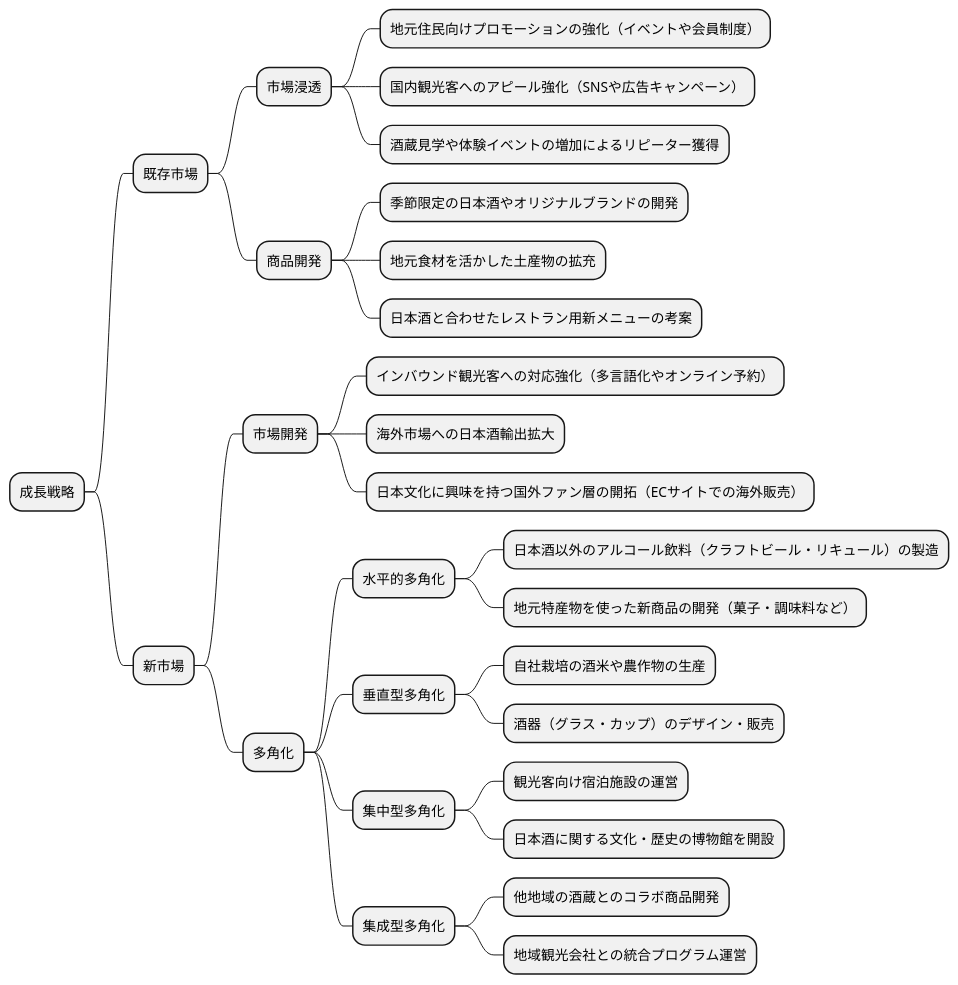
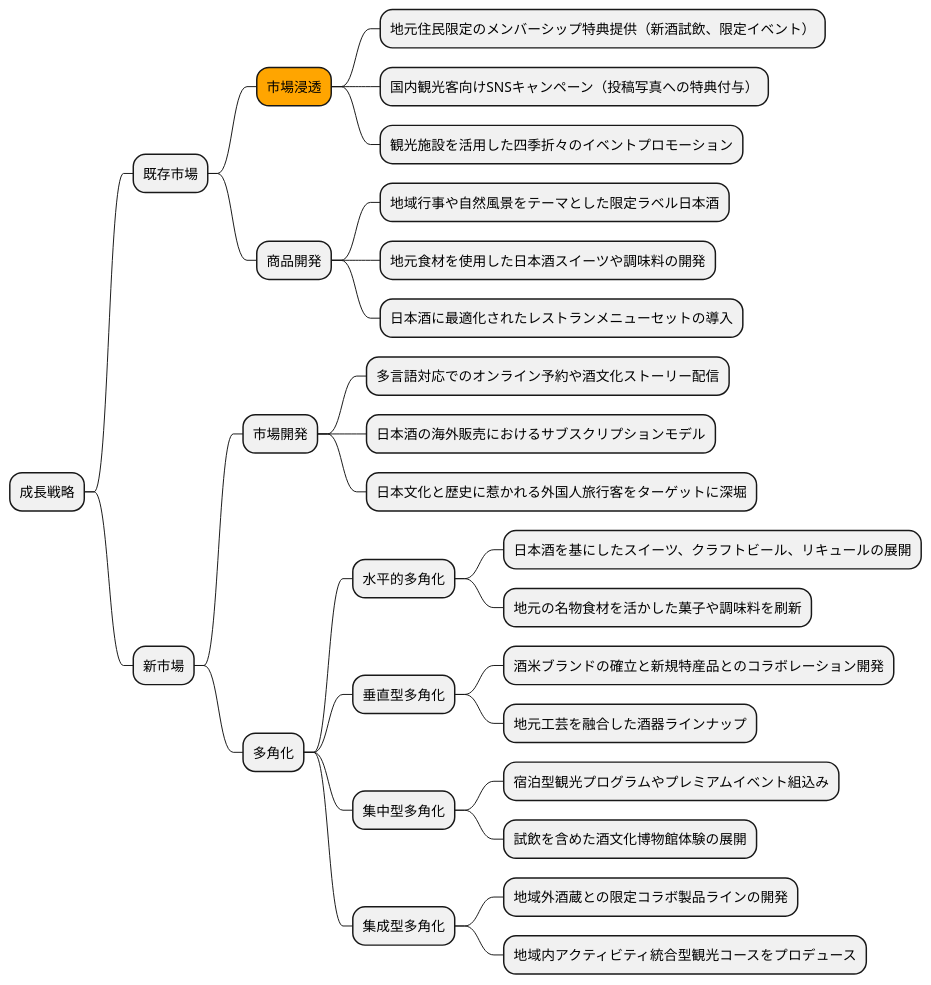
One commit to k2works/case-study-business-analysis changed the sixth of 19 diagrams in docs/case/r02_case_1.adoc. Above: the diagram before and after it, drawn with PlantUML. The commit also changed other lines of this file, not shown here.

```diff
--- a/docs/case/r02_case_1.adoc
+++ b/docs/case/r02_case_1.adoc
@@ -224,35 +237,35 @@
 [plantuml]
 ----
 @startmindmap
 
 * 成長戦略
 ** 既存市場
-*** 市場浸透
-**** 地元住民向けプロモーションの強化（イベントや会員制度）
-**** 国内観光客へのアピール強化（SNSや広告キャンペーン）
-**** 酒蔵見学や体験イベントの増加によるリピーター獲得
+***[#orange] 市場浸透
+**** 地元住民限定のメンバーシップ特典提供（新酒試飲、限定イベント）
+**** 国内観光客向けSNSキャンペーン（投稿写真への特典付与）
+**** 観光施設を活用した四季折々のイベントプロモーション
 *** 商品開発
-**** 季節限定の日本酒やオリジナルブランドの開発
-**** 地元食材を活かした土産物の拡充
-**** 日本酒と合わせたレストラン用新メニューの考案
+**** 地域行事や自然風景をテーマとした限定ラベル日本酒
+**** 地元食材を使用した日本酒スイーツや調味料の開発
+**** 日本酒に最適化されたレストランメニューセットの導入
 ** 新市場
 *** 市場開発
-**** インバウンド観光客への対応強化（多言語化やオンライン予約）
-**** 海外市場への日本酒輸出拡大
-**** 日本文化に興味を持つ国外ファン層の開拓（ECサイトでの海外販売）
+**** 多言語対応でのオンライン予約や酒文化ストーリー配信
+**** 日本酒の海外販売におけるサブスクリプションモデル
+**** 日本文化と歴史に惹かれる外国人旅行客をターゲットに深堀
 *** 多角化
 **** 水平的多角化
-***** 日本酒以外のアルコール飲料（クラフトビール・リキュール）の製造
-***** 地元特産物を使った新商品の開発（菓子・調味料など）
+***** 日本酒を基にしたスイーツ、クラフトビール、リキュールの展開
+***** 地元の名物食材を活かした菓子や調味料を刷新
 **** 垂直型多角化
-***** 自社栽培の酒米や農作物の生産
-***** 酒器（グラス・カップ）のデザイン・販売
+***** 酒米ブランドの確立と新規特産品とのコラボレーション開発
+***** 地元工芸を融合した酒器ラインナップ
 **** 集中型多角化
-***** 観光客向け宿泊施設の運営
-***** 日本酒に関する文化・歴史の博物館を開設
+***** 宿泊型観光プログラムやプレミアムイベント組込み
+***** 試飲を含めた酒文化博物館体験の展開
 **** 集成型多角化
-***** 他地域の酒蔵とのコラボ商品開発
-***** 地域観光会社との統合プログラム運営
+***** 地域外酒蔵との限定コラボ製品ラインの開発
+***** 地域内アクティビティ統合型観光コースをプロデュース
 
 @endmindmap
 ----
```
